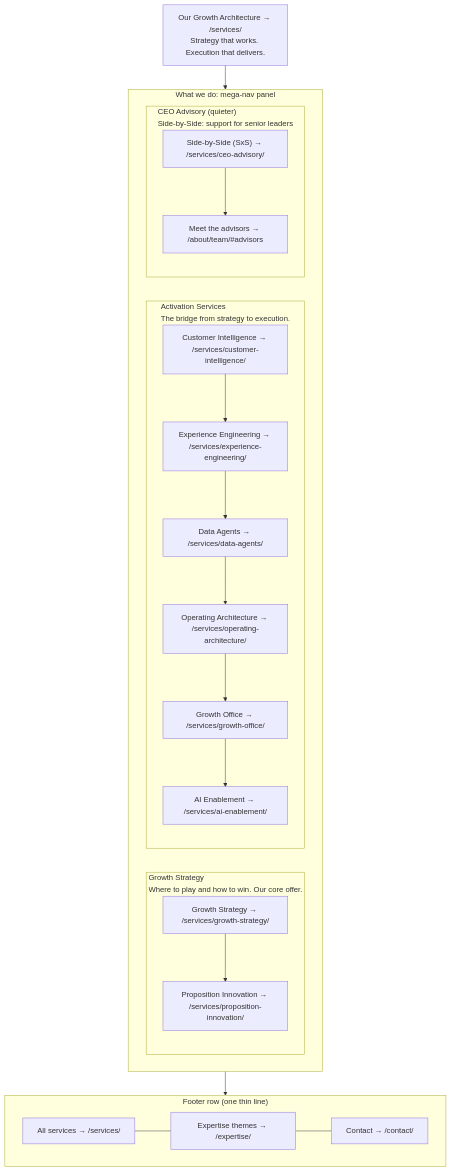
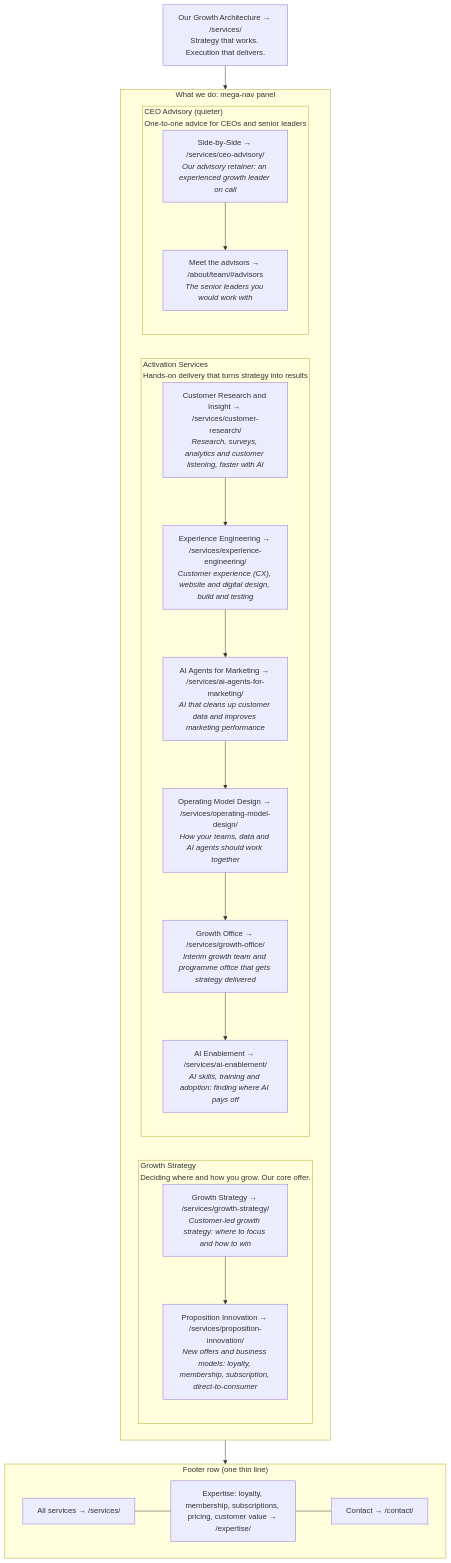
The second of 7 diagrams in docs/diagrams/mega-nav.md (gsdd/temp-manifesto-ia), drawn with Mermaid before and after one commit. The commit also changed other lines of this file and 1 other file, not shown here.

Commit message:
v3 primary navigation: plain-language labels and subtitles, three services renamed to searched terms, acronyms removed, Expertise label

````diff
--- a/docs/diagrams/mega-nav.md
+++ b/docs/diagrams/mega-nav.md
@@ -20,43 +20,43 @@
 ```mermaid
 flowchart TB
     Head["Our Growth Architecture → /services/<br/>Strategy that works. Execution that delivers."]
 
     subgraph Panel["What we do: mega-nav panel"]
         direction LR
 
-        subgraph C1["Growth Strategy<br/>Where to play and how to win. Our core offer."]
+        subgraph C1["Growth Strategy<br/>Deciding where and how you grow. Our core offer."]
             direction TB
-            C1a["Growth Strategy → /services/growth-strategy/"]
-            C1b["Proposition Innovation → /services/proposition-innovation/"]
+            C1a["Growth Strategy → /services/growth-strategy/<br/><i>Customer-led growth strategy: where to focus and how to win</i>"]
+            C1b["Proposition Innovation → /services/proposition-innovation/<br/><i>New offers and business models: loyalty, membership, subscription, direct-to-consumer</i>"]
             C1a --> C1b
         end
 
-        subgraph C2["Activation Services<br/>The bridge from strategy to execution."]
+        subgraph C2["Activation Services<br/>Hands-on delivery that turns strategy into results"]
             direction TB
-            C2a["Customer Intelligence → /services/customer-intelligence/"]
-            C2b["Experience Engineering → /services/experience-engineering/"]
-            C2c["Data Agents → /services/data-agents/"]
-            C2d["Operating Architecture → /services/operating-architecture/"]
-            C2e["Growth Office → /services/growth-office/"]
-            C2f["AI Enablement → /services/ai-enablement/"]
+            C2a["Customer Research and Insight → /services/customer-research/<br/><i>Research, surveys, analytics and customer listening, faster with AI</i>"]
+            C2b["Experience Engineering → /services/experience-engineering/<br/><i>Customer experience (CX), website and digital design, build and testing</i>"]
+            C2c["AI Agents for Marketing → /services/ai-agents-for-marketing/<br/><i>AI that cleans up customer data and improves marketing performance</i>"]
+            C2d["Operating Model Design → /services/operating-model-design/<br/><i>How your teams, data and AI agents should work together</i>"]
+            C2e["Growth Office → /services/growth-office/<br/><i>Interim growth team and programme office that gets strategy delivered</i>"]
+            C2f["AI Enablement → /services/ai-enablement/<br/><i>AI skills, training and adoption: finding where AI pays off</i>"]
             C2a --> C2b --> C2c --> C2d --> C2e --> C2f
         end
 
-        subgraph C3["CEO Advisory (quieter)<br/>Side-by-Side: support for senior leaders"]
+        subgraph C3["CEO Advisory (quieter)<br/>One-to-one advice for CEOs and senior leaders"]
             direction TB
-            C3a["Side-by-Side (SxS) → /services/ceo-advisory/"]
-            C3b["Meet the advisors → /about/team/#advisors"]
+            C3a["Side-by-Side → /services/ceo-advisory/<br/><i>Our advisory retainer: an experienced growth leader on call</i>"]
+            C3b["Meet the advisors → /about/team/#advisors<br/><i>The senior leaders you would work with</i>"]
             C3a --> C3b
         end
     end
 
     subgraph Row["Footer row (one thin line)"]
         direction LR
         R1["All services → /services/"]
-        R2["Expertise themes → /expertise/"]
+        R2["Expertise: loyalty, membership, subscriptions, pricing, customer value → /expertise/"]
         R3["Contact → /contact/"]
         R1 --- R2 --- R3
     end
 
     Head --> Panel --> Row
 ```
````
